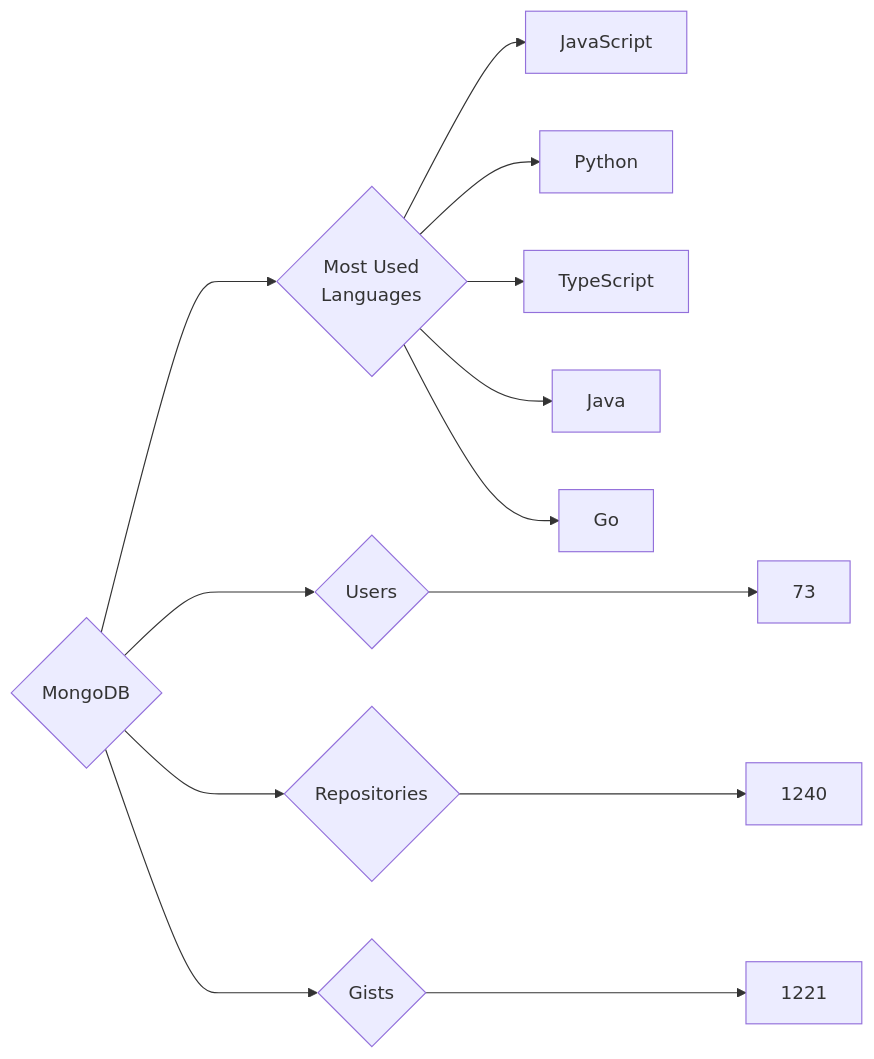
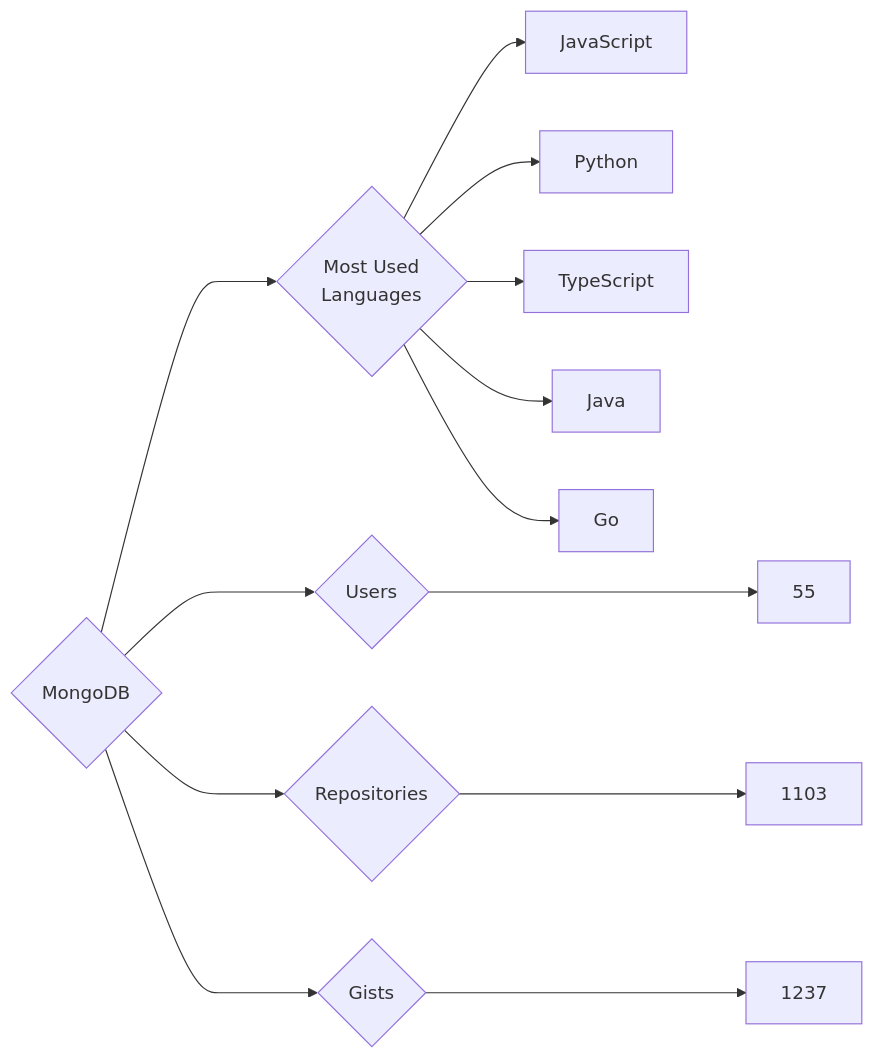
The diagram in targets/MongoDB/README.md (trickest/insiders), drawn with Mermaid before and after one commit. The commit also changed 976 other files, not shown here.

````diff
--- a/targets/MongoDB/README.md
+++ b/targets/MongoDB/README.md
@@ -3,13 +3,13 @@
 ```mermaid
 graph LR
 COMPANY_NAME{MongoDB}
-COMPANY_NAME ---> U{Users} ---> UN[73]
-COMPANY_NAME ---> R{Repositories} ---> RN[1240]
-COMPANY_NAME ---> G{Gists} ---> GN[1221]
+COMPANY_NAME ---> U{Users} ---> UN[55]
+COMPANY_NAME ---> R{Repositories} ---> RN[1103]
+COMPANY_NAME ---> G{Gists} ---> GN[1237]
 COMPANY_NAME ---> ML{Most Used<br>Languages}
 ML --> JavaScript[JavaScript]
 ML --> Python[Python]
 ML --> TypeScript[TypeScript]
 ML --> Java[Java]
 ML --> Go[Go]
 ```
````
